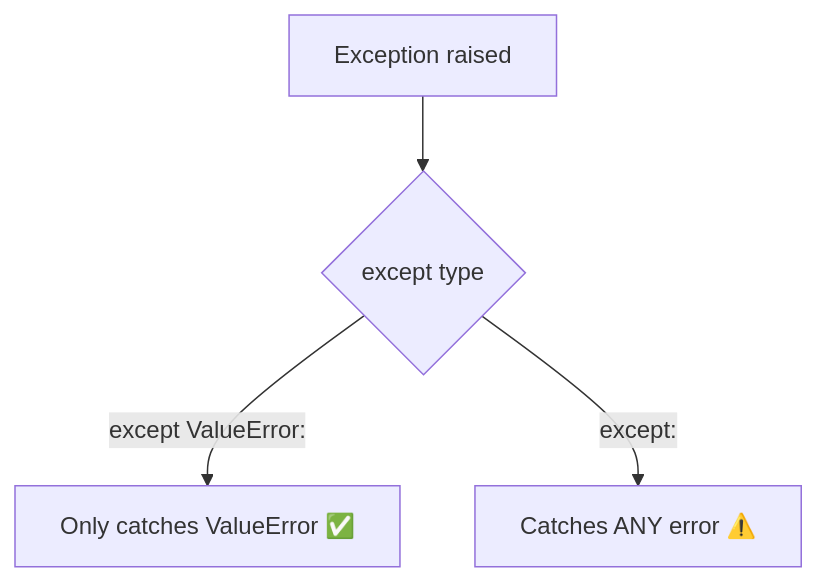
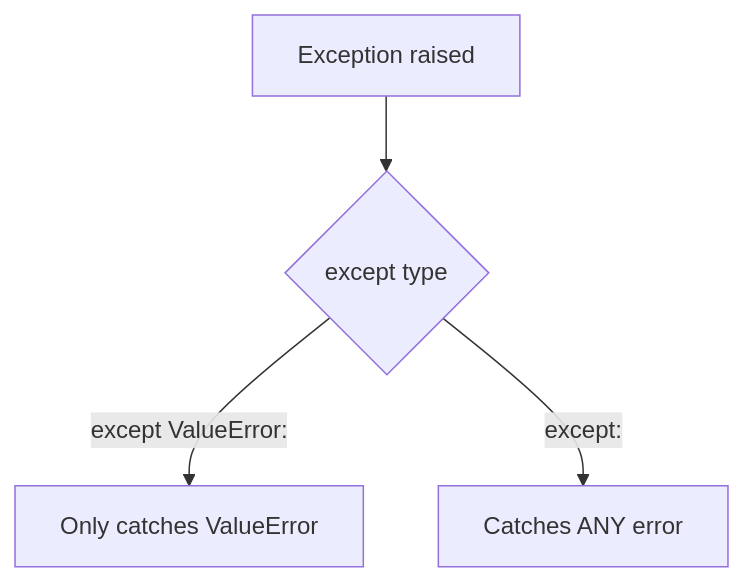
The fourth of 11 diagrams in 1_Notes/7_Lecture.md (mehrunnisaofficial/python-for-ai), drawn with Mermaid before and after one commit. The commit also changed other lines of this file and 1 other file, not shown here.

Commit message:
Added few more topic in try-except statements

````diff
--- a/1_Notes/7_Lecture.md
+++ b/1_Notes/7_Lecture.md
@@ -242,6 +262,6 @@
 ```mermaid
 flowchart TD
     A[Exception raised] --> B{except type}
-    B -- "except ValueError:" --> C[Only catches ValueError ✅]
-    B -- "except:" --> D[Catches ANY error ⚠️]
+    B -- "except ValueError:" --> C[Only catches ValueError]
+    B -- "except:" --> D[Catches ANY error]
 ```
````
